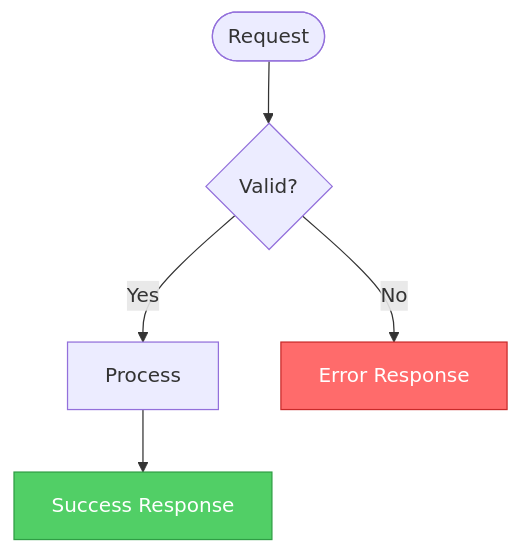
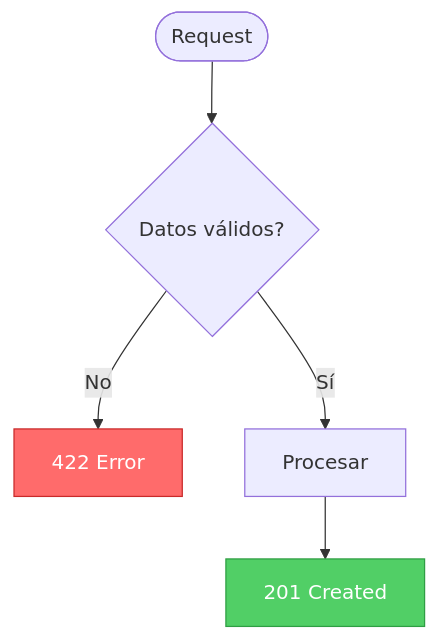
Before and after one commit to Asimpl3-Hero/RubyDoubleV: the third of 3 diagrams in docs/DIAGRAMAS.md, drawn with Mermaid. The commit also changed other lines of this file, not shown here.

First line of the commit message:
Simplify and update Mermaid diagrams guide

````diff
--- a/docs/DIAGRAMAS.md
+++ b/docs/DIAGRAMAS.md
@@ -294,10 +71,10 @@
 ```mermaid
 flowchart TD
-    Start([Request]) --> Validate{Valid?}
-    Validate -->|Yes| Process[Process]
-    Validate -->|No| Error[Error Response]
-    Process --> Success[Success Response]
+    Start([Request]) --> Validate{Datos válidos?}
+    Validate -->|No| Error[422 Error]
+    Validate -->|Sí| Process[Procesar]
+    Process --> Success[201 Created]
 
     style Success fill:#51cf66,stroke:#2f9e44,color:#fff
     style Error fill:#ff6b6b,stroke:#c92a2a,color:#fff
 ```
````
